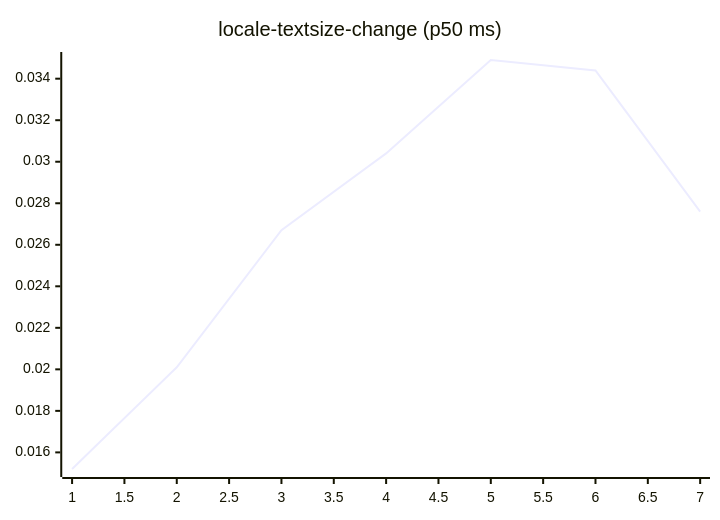
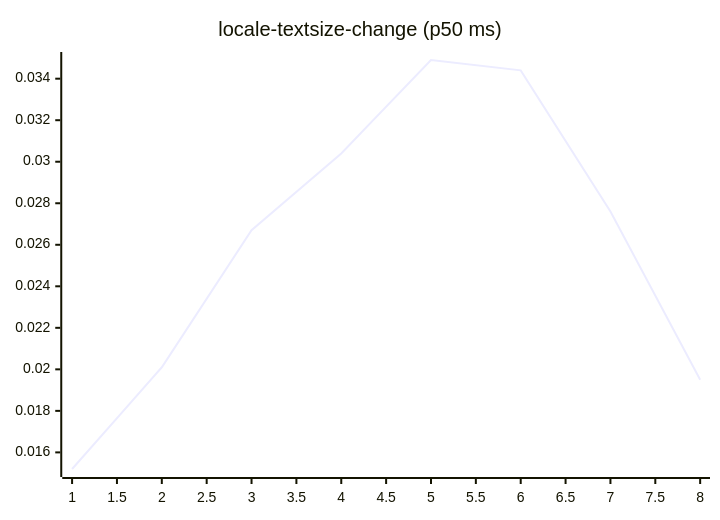
One commit to josha/Facet changed diagram 13 of 27 in README.md. Above: the diagram before and after it, drawn with Mermaid. The commit also changed other lines of this file and 2 other files, not shown here.

````diff
--- a/README.md
+++ b/README.md
@@ -147,6 +147,6 @@
 ```mermaid
 xychart-beta
     title "locale-textsize-change (p50 ms)"
-    x-axis 1 --> 7
-    line [0.0152, 0.0201, 0.0267, 0.0304, 0.0349, 0.0344, 0.0276]
+    x-axis 1 --> 8
+    line [0.0152, 0.0201, 0.0267, 0.0304, 0.0349, 0.0344, 0.0276, 0.0195]
 ```
````
